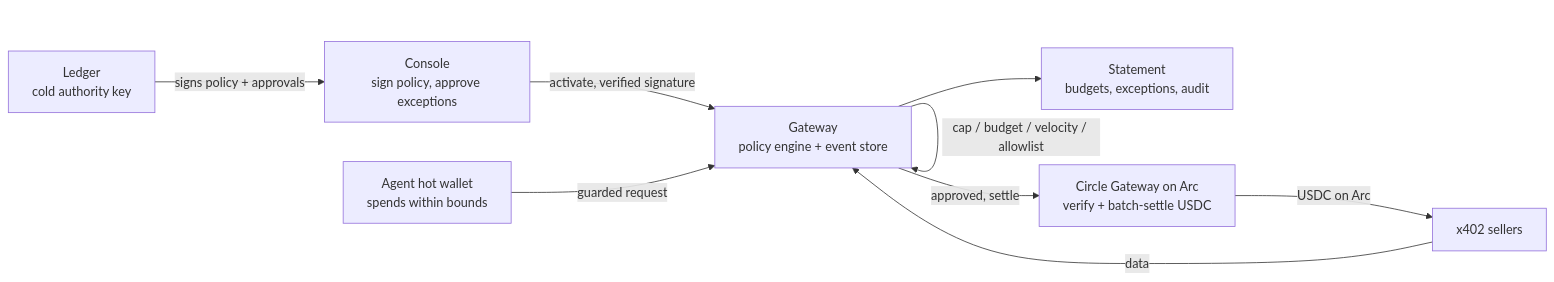
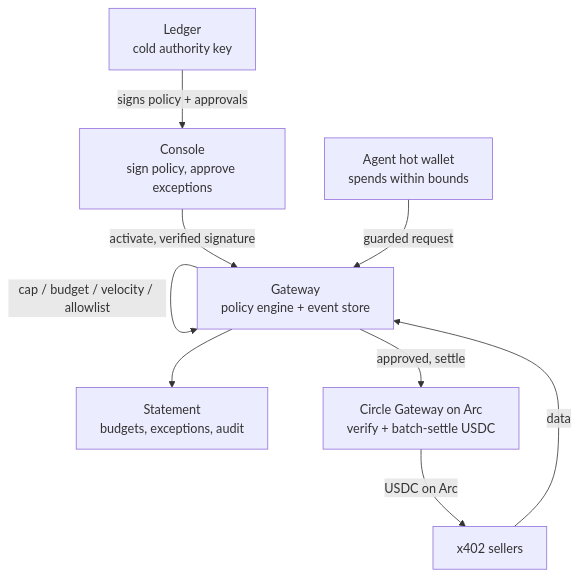
Before and after one commit to xpayables/ledger-agent-payables: the first of 2 diagrams in README.md, drawn with Mermaid. The commit also changed other lines of this file, not shown here.

Commit message:
docs: improve diagram visuals

````diff
--- a/README.md
+++ b/README.md
@@ -27,19 +27,20 @@
 ```mermaid
-flowchart LR
+%%{init: {'themeVariables': {'fontFamily': 'system-ui, -apple-system, BlinkMacSystemFont, Helvetica, Arial, sans-serif'}}}%%
+flowchart TB
   Ledger["Ledger<br/>cold authority key"]
   Console["Console<br/>sign policy, approve exceptions"]
   Gateway["Gateway<br/>policy engine + event store"]
   Hot["Agent hot wallet<br/>spends within bounds"]
   Circle["Circle Gateway on Arc<br/>verify + batch-settle USDC"]
   Vendors["x402 sellers"]
   Statement["Statement<br/>budgets, exceptions, audit"]
 
   Ledger -->|signs policy + approvals| Console
   Console -->|activate, verified signature| Gateway
   Hot -->|guarded request| Gateway
   Gateway -->|cap / budget / velocity / allowlist| Gateway
   Gateway -->|approved, settle| Circle
   Circle -->|USDC on Arc| Vendors
   Vendors -->|data| Gateway
   Gateway --> Statement
 ```
````
